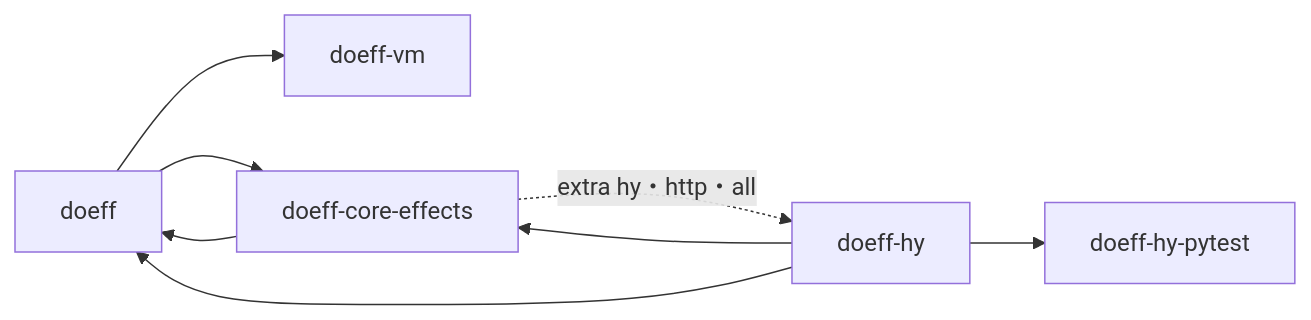
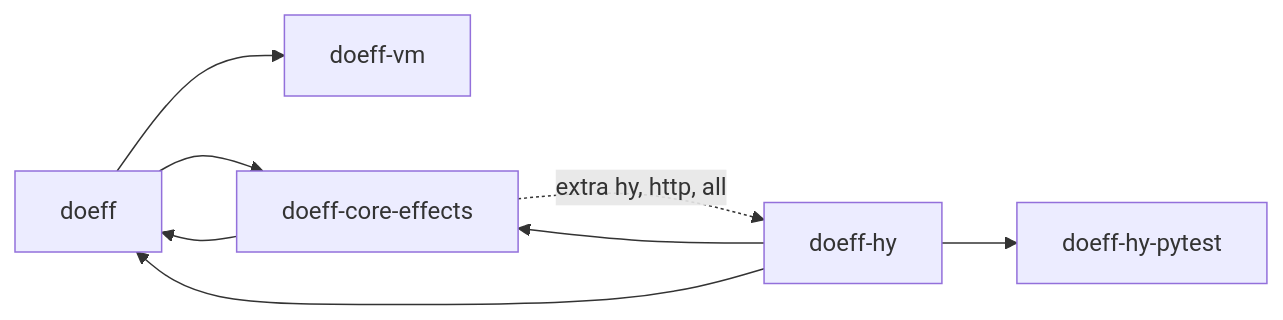
Before and after one commit to proboscis/doeff: the first of 2 diagrams in docs/release-publish-runbook.md, drawn with Mermaid. The commit also changed other lines of this file and 58 other files, not shown here.

````diff
--- a/docs/release-publish-runbook.md
+++ b/docs/release-publish-runbook.md
@@ -116,10 +120,10 @@
 ```mermaid
 flowchart LR
   doeff["doeff"] --> vm["doeff-vm"]
   doeff --> ce["doeff-core-effects"]
   ce --> doeff
-  ce -. "extra hy・http・all" .-> hy["doeff-hy"]
+  ce -. "extra hy, http, all" .-> hy["doeff-hy"]
   hy --> doeff
   hy --> ce
   hy --> hyp["doeff-hy-pytest"]
 ```
````
